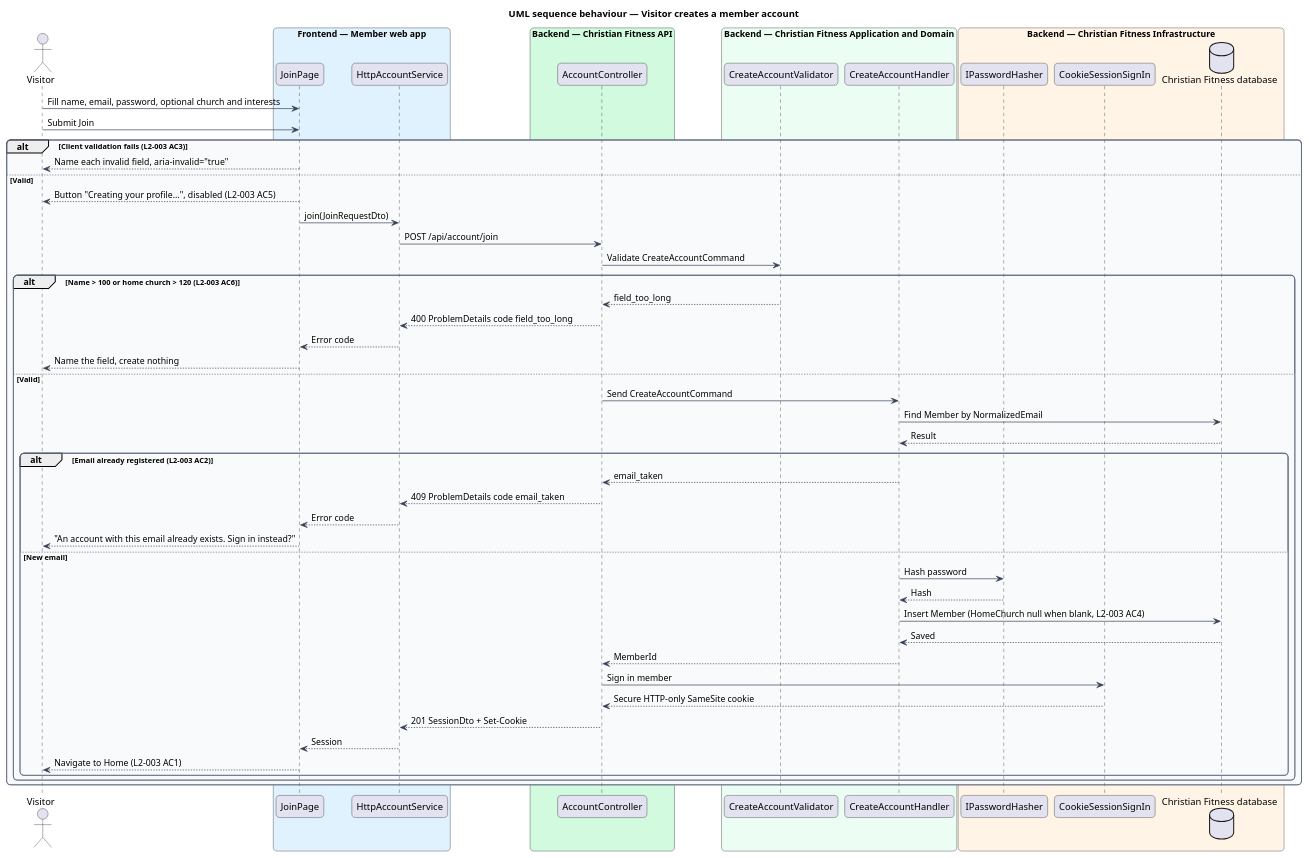
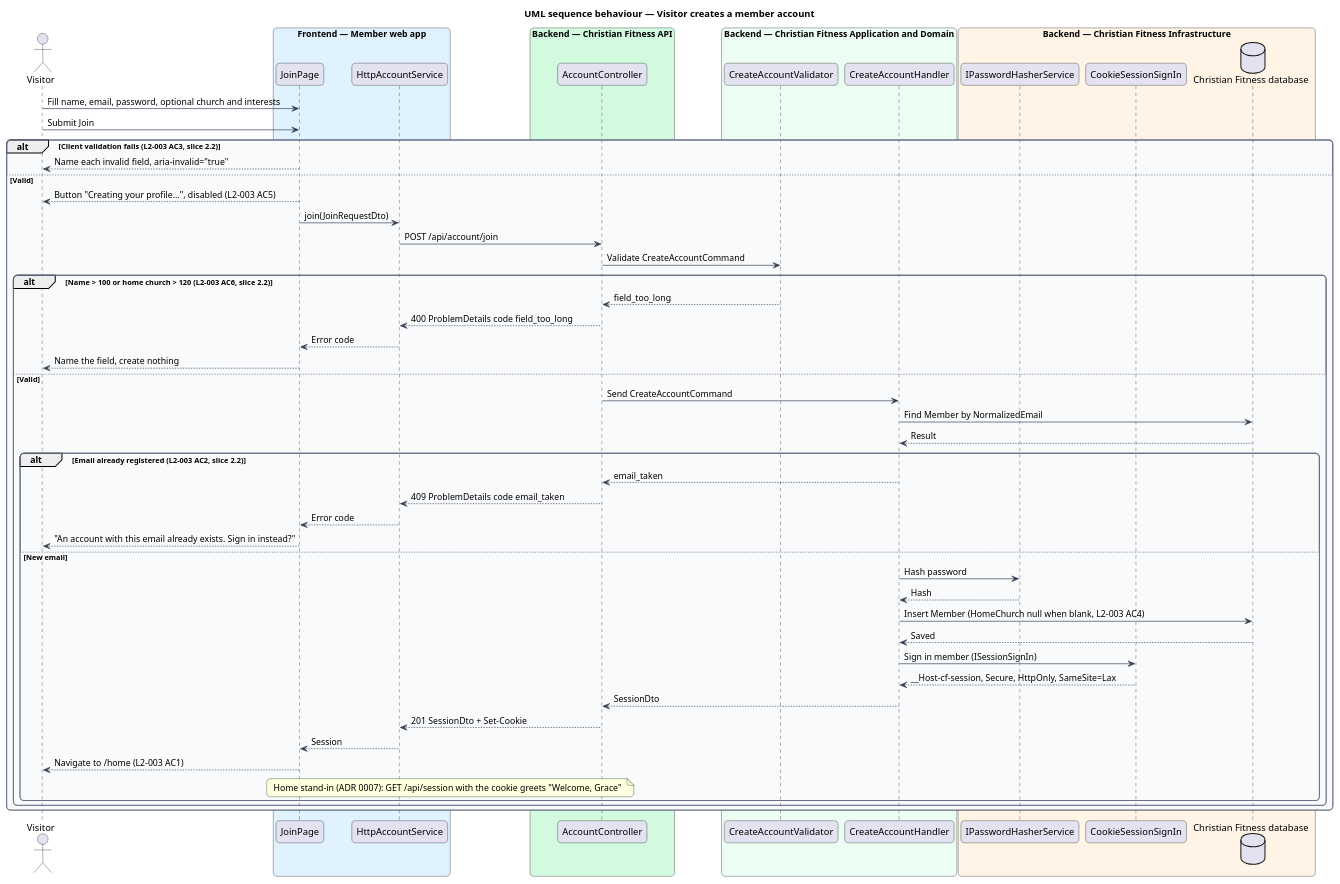
One commit to QuinntyneBrown/christian-fitness changed the diagram in docs/detailed-designs/member-access/create-account/diagrams/sequence-create-account.puml. Above: the diagram before and after it, drawn with PlantUML. The commit also changed 8 other files, not shown here.

First line of the commit message:
Design slice 2.1: join signs the member in and lands on a Home stand-in

```diff
--- a/docs/detailed-designs/member-access/create-account/diagrams/sequence-create-account.puml
+++ b/docs/detailed-designs/member-access/create-account/diagrams/sequence-create-account.puml
@@ -1,71 +1,72 @@
 @startuml
 title UML sequence behaviour — Visitor creates a member account
 skinparam backgroundColor #FFFFFF
 skinparam shadowing false
 skinparam roundcorner 12
 skinparam defaultFontName Arial
 skinparam ArrowColor #344054
 skinparam rectangle {
   BorderColor #344054
   FontColor #101828
 }
 skinparam package {
   BorderColor #667085
   FontColor #101828
   BackgroundColor #F9FAFB
 }
 actor "Visitor" as actor
 box "Frontend — Member web app" #E0F2FE
   participant "JoinPage" as page
   participant "HttpAccountService" as client
 end box
 box "Backend — Christian Fitness API" #D1FADF
   participant "AccountController" as ctrl
 end box
 box "Backend — Christian Fitness Application and Domain" #ECFDF3
   participant "CreateAccountValidator" as v
   participant "CreateAccountHandler" as h
 end box
 box "Backend — Christian Fitness Infrastructure" #FFF4E5
-  participant "IPasswordHasher" as hash
+  participant "IPasswordHasherService" as hash
   participant "CookieSessionSignIn" as sess
   database "Christian Fitness database" as db
 end box
 actor -> page : Fill name, email, password, optional church and interests
 actor -> page : Submit Join
-alt Client validation fails (L2-003 AC3)
+alt Client validation fails (L2-003 AC3, slice 2.2)
   page --> actor : Name each invalid field, aria-invalid="true"
 else Valid
   page --> actor : Button "Creating your profile…", disabled (L2-003 AC5)
   page -> client : join(JoinRequestDto)
   client -> ctrl : POST /api/account/join
   ctrl -> v : Validate CreateAccountCommand
-  alt Name > 100 or home church > 120 (L2-003 AC6)
+  alt Name > 100 or home church > 120 (L2-003 AC6, slice 2.2)
     v --> ctrl : field_too_long
     ctrl --> client : 400 ProblemDetails code field_too_long
     client --> page : Error code
     page --> actor : Name the field, create nothing
   else Valid
     ctrl -> h : Send CreateAccountCommand
     h -> db : Find Member by NormalizedEmail
     db --> h : Result
-    alt Email already registered (L2-003 AC2)
+    alt Email already registered (L2-003 AC2, slice 2.2)
       h --> ctrl : email_taken
       ctrl --> client : 409 ProblemDetails code email_taken
       client --> page : Error code
       page --> actor : "An account with this email already exists. Sign in instead?"
     else New email
       h -> hash : Hash password
       hash --> h : Hash
       h -> db : Insert Member (HomeChurch null when blank, L2-003 AC4)
       db --> h : Saved
-      h --> ctrl : MemberId
-      ctrl -> sess : Sign in member
-      sess --> ctrl : Secure HTTP-only SameSite cookie
+      h -> sess : Sign in member (ISessionSignIn)
+      sess --> h : __Host-cf-session, Secure, HttpOnly, SameSite=Lax
+      h --> ctrl : SessionDto
       ctrl --> client : 201 SessionDto + Set-Cookie
       client --> page : Session
-      page --> actor : Navigate to Home (L2-003 AC1)
+      page --> actor : Navigate to /home (L2-003 AC1)
+      note over page, ctrl : Home stand-in (ADR 0007): GET /api/session with the cookie greets "Welcome, Grace"
     end
   end
 end
 @enduml
```
